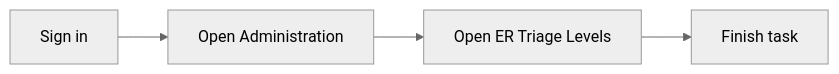
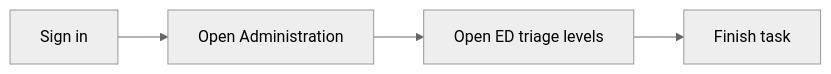
The diagram in src/lib/docs/content/workflows/administration-er-triage-level.md (menzies-mariesta-com/medora-web-menzies), drawn with Mermaid (neutral theme) before and after one commit. The commit also changed other lines of this file and 7 other files, not shown here.

````diff
--- a/src/lib/docs/content/workflows/administration-er-triage-level.md
+++ b/src/lib/docs/content/workflows/administration-er-triage-level.md
@@ -32,6 +32,6 @@
 ```mermaid
 flowchart LR
   signIn[Sign in] --> module[Open Administration]
-  module --> screen[Open ER Triage Levels]
+  module --> screen[Open ED triage levels]
   screen --> done[Finish task]
 ```
````
